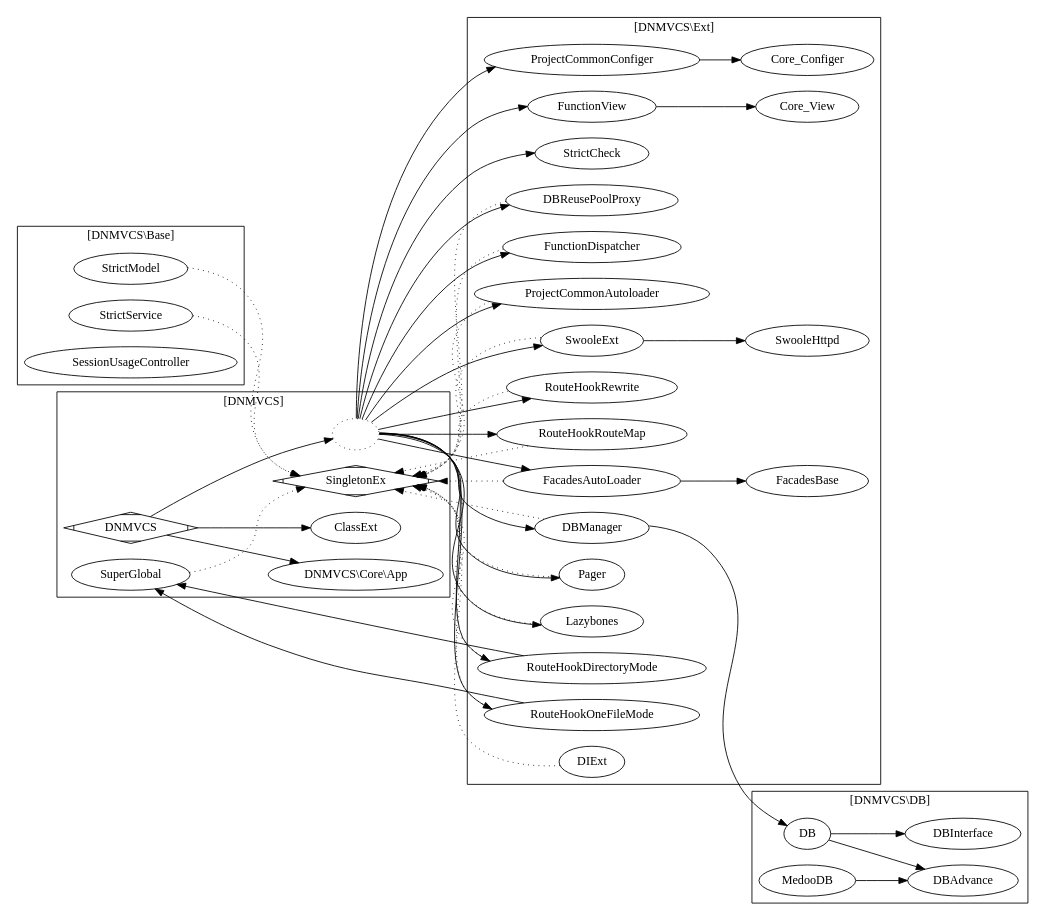
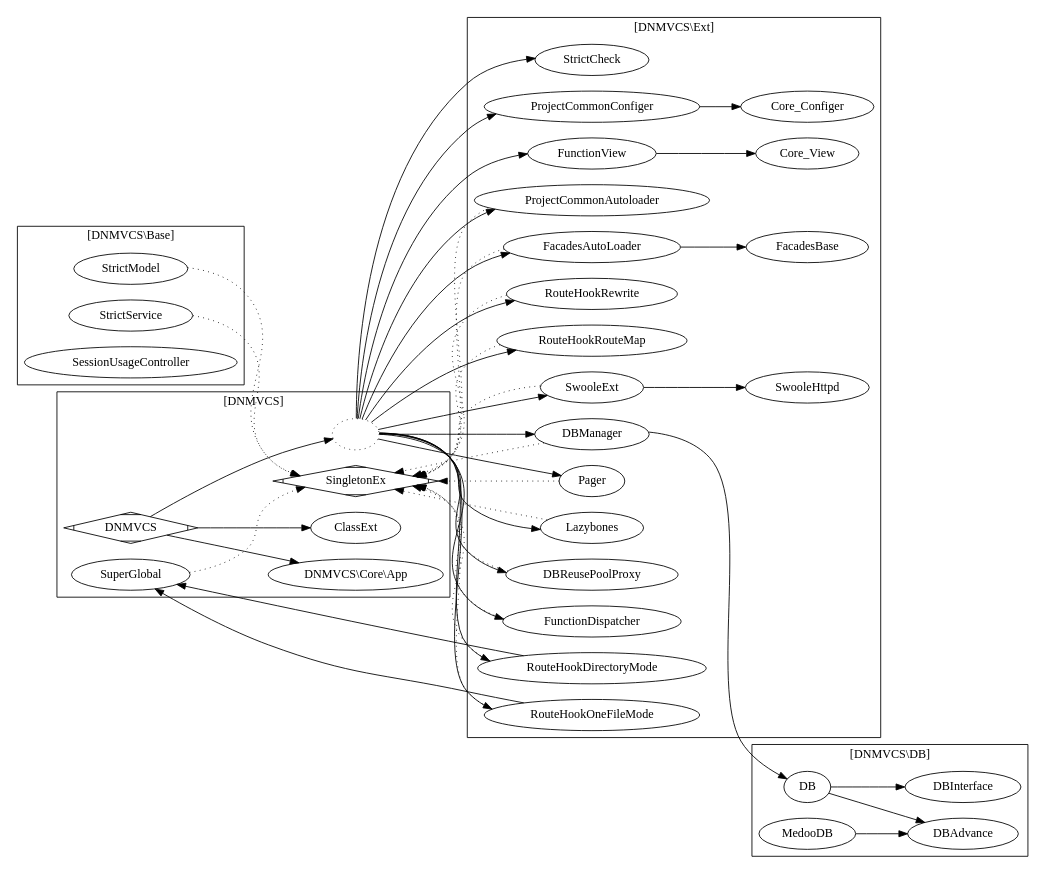
The diagram in doc/dnmvcs.gv (dvaknheo/duckphp), drawn with Graphviz before and after one commit. The commit also changed 2 other files, not shown here.

```diff
--- a/doc/dnmvcs.gv
+++ b/doc/dnmvcs.gv
@@ -1,101 +1,100 @@
 digraph G{
 /* This is a graphviz file */
 graph [rankdir = "LR"];
     SingletonEx [shape=Mdiamond];
 
 subgraph cluster_DNMVCS {
     label = "[DNMVCS]";
 
     DNMVCS -> Core_App;
     DNMVCS -> ClassExt;
 
     DNMVCS -> Ext;
 
     
     SuperGlobal -> SingletonEx[style="dotted"]; 
     
     ClassExt;
     SuperGlobal;
     DNMVCS [shape=Mdiamond];
     
     Core_App[label="DNMVCS\\Core\\App"];
 
 }
 subgraph cluster_Base {
     label = "[DNMVCS\\Base]";
 StrictModel -> SingletonEx [style="dotted"]; 
 StrictService -> SingletonEx [style="dotted"]; 
 SessionUsageController;
 }
 
 
 subgraph cluster_DB {
     label = "[DNMVCS\\DB]";
 
 DB_DB -> DB_DBAdvance;
 DB_DB -> DB_DBInterface;
 DB_MedooDB -> DB_DBAdvance;
 
 DB_DB [label="DB"];
 DB_DBAdvance [label="DBAdvance"];
 DB_DBInterface [label="DBInterface"];
 DB_MedooDB [label="MedooDB"];
 
 
 }
 
 
 
 
 
 
 subgraph cluster_Ext {
 label = "[DNMVCS\\Ext]";
     Ext;
     Ext -> SwooleExt;
     Ext -> RouteHookRewrite;
     Ext -> RouteHookRouteMap;
     Ext -> StrictCheck;
     
     Ext -> DBManager -> DB_DB;
     
     Ext -> Pager;
 
 
     SwooleExt-> SwooleHttpd;
     
     SwooleExt -> SingletonEx[style="dotted"]; 
     RouteHookRewrite -> SingletonEx[style="dotted"]; 
     RouteHookRouteMap -> SingletonEx [style="dotted"]; 
     DBManager -> SingletonEx [style="dotted"]; 
     
-    DIExt -> SingletonEx [style="dotted"]; 
     Lazybones -> SingletonEx [style="dotted"]; 
     
     Ext -> Lazybones;
     Ext -> DBReusePoolProxy; 
     Ext -> FunctionDispatcher;
     Ext -> ProjectCommonAutoloader;
     Ext -> FacadesAutoLoader;
     Ext -> RouteHookDirectoryMode;
     Ext -> RouteHookOneFileMode;
     Ext -> ProjectCommonConfiger -> Core_Configer;
     Ext -> FunctionView  -> Core_View;
     FacadesAutoLoader ->FacadesBase ;
     RouteHookDirectoryMode -> SuperGlobal;
     RouteHookOneFileMode -> SuperGlobal;
 
     DBReusePoolProxy ->  SingletonEx [style="dotted"];  
     FunctionDispatcher -> SingletonEx [style="dotted"]; 
     ProjectCommonAutoloader -> SingletonEx [style="dotted"]; 
     FacadesAutoLoader -> SingletonEx [style="dotted"]; 
     RouteHookDirectoryMode -> SingletonEx [style="dotted"]; 
     RouteHookOneFileMode -> SingletonEx [style="dotted"];
 
 Pager -> SingletonEx [style="dotted"]; 
 
     Ext [label="";style="dotted"];
 
 }
 
 }
```
